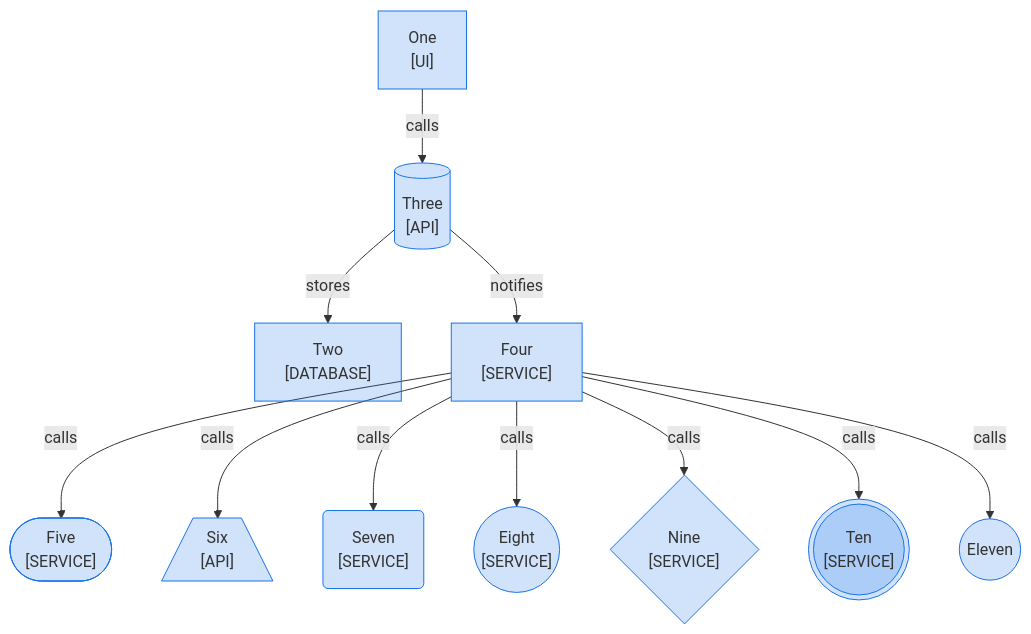
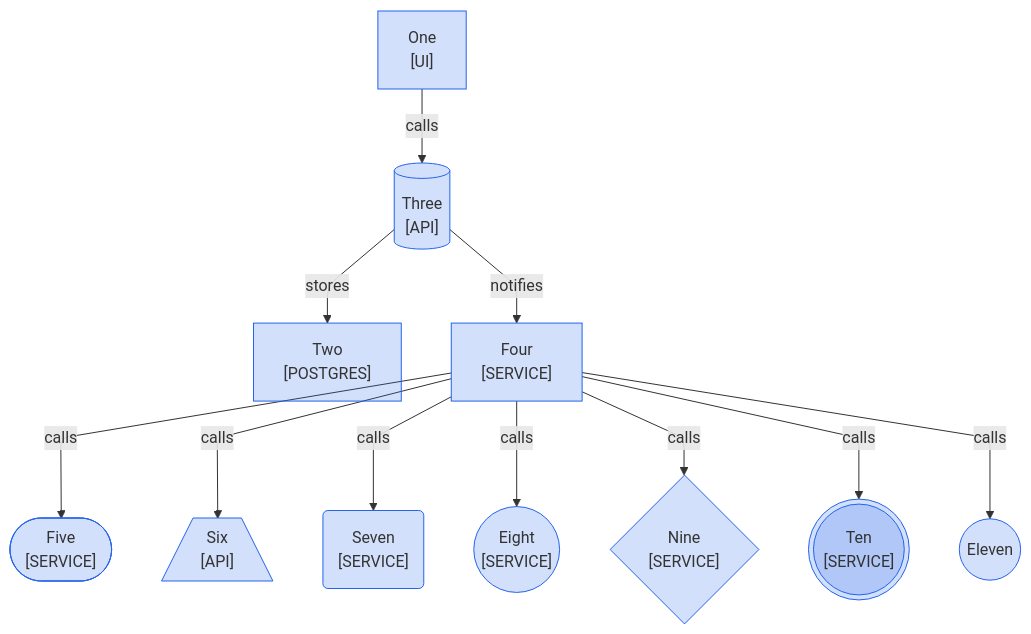
One commit to choonchernlim/skills changed the diagram in skills/docsmith/scripts/fixtures/bad/mmd-shape.md. Above: the diagram before and after it, drawn with Mermaid. The commit also changed other lines of this file and 127 other files, not shown here.

````diff
--- a/skills/docsmith/scripts/fixtures/bad/mmd-shape.md
+++ b/skills/docsmith/scripts/fixtures/bad/mmd-shape.md
@@ -14,27 +14,28 @@
 ```mermaid
 graph TD
+  %%{init: {"themeCSS": ".cluster-label, .cluster-label div, .cluster-label span, .cluster-label p { text-align: center !important; }", "flowchart": {"curve": "rounded", "subGraphTitleMargin": {"top": 6, "bottom": 30}}}}%%
   A["One<br/>[UI]"]
-  B["Two<br/>[DATABASE]"]
+  B["Two<br/>[POSTGRES]"]
   C[("Three<br/>[API]")]
   D["Four<br/>[SERVICE]"]
   E(["Five<br/>[SERVICE]"])
   F[/"Six<br/>[API]"\]
   G("Seven<br/>[SERVICE]")
   H(("Eight<br/>[SERVICE]"))
   I{"Nine<br/>[SERVICE]"}
   J((("Ten<br/>[SERVICE]")))
   K@{ shape: circle, label: "Eleven" }
   A -->|"calls"| C
   C -->|"stores"| B
   C -->|"notifies"| D
   D -->|"calls"| E
   D -->|"calls"| F
   D -->|"calls"| G
   D -->|"calls"| H
   D -->|"calls"| I
   D -->|"calls"| J
   D -->|"calls"| K
 
   class A,B,C,D,E,F,G,H,I,J,K own
-  classDef own fill:#1a73e833,stroke:#1a73e8
+  classDef own fill:#2563eb33,stroke:#2563eb
 ```
````
